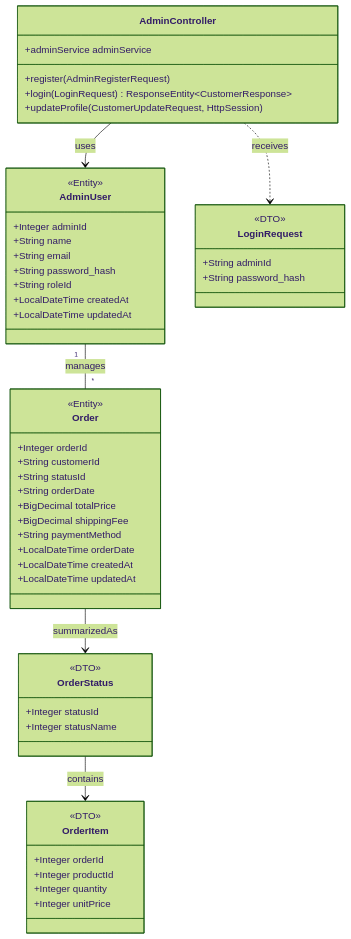
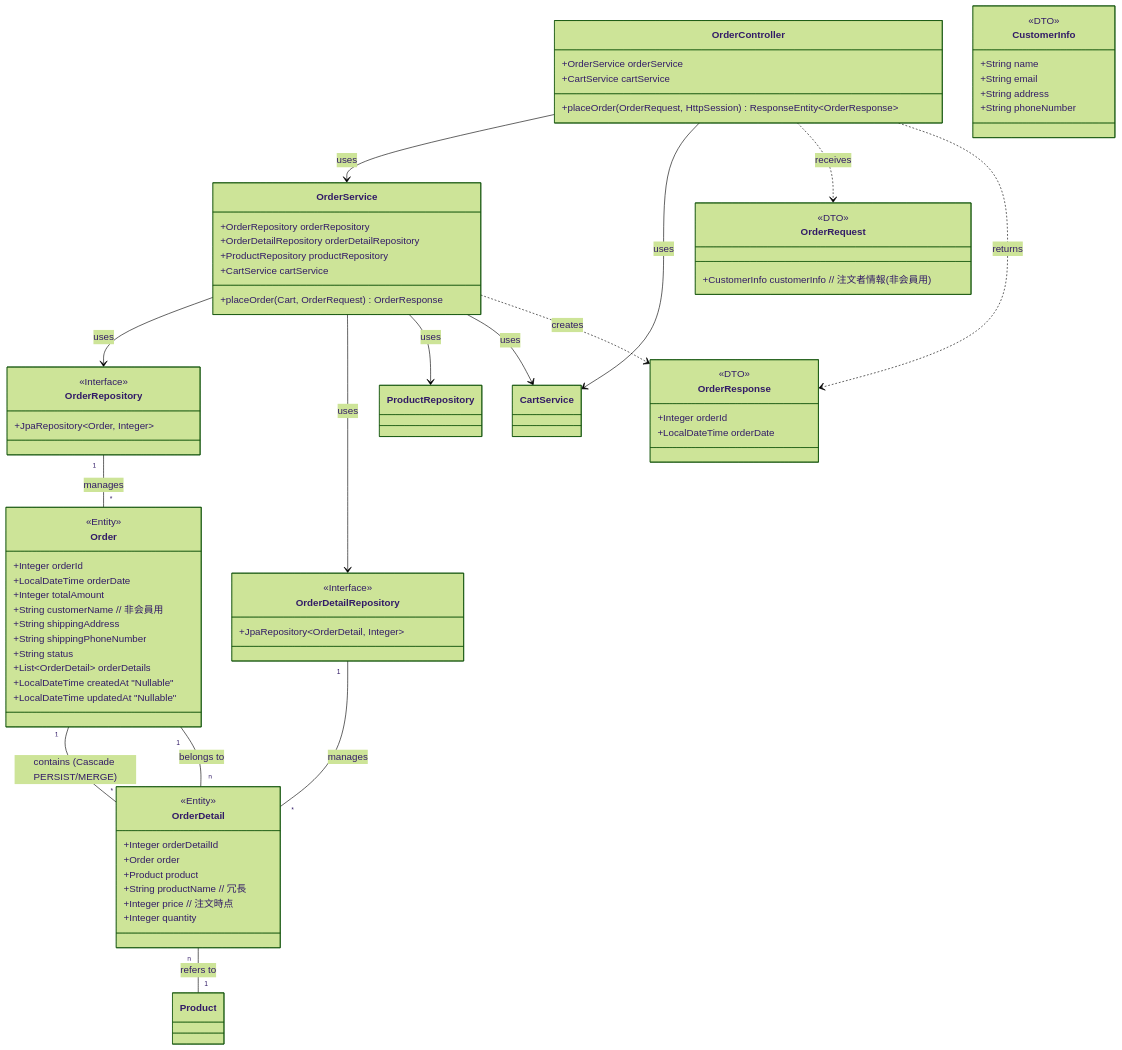
Before and after one commit to natsumiumeda/Jobs: diagram 19 of 21 in 詳細設計/詳細設計書.md, drawn with Mermaid (forest theme). The commit also changed other lines of this file, not shown here.

```diff
--- a/詳細設計/詳細設計書.md
+++ b/詳細設計/詳細設計書.md
@@ -907,62 +943,77 @@
 <div class="mermaid">
 classDiagram
-    class AdminController {
-        +adminService adminService
-        +register(AdminRegisterRequest) 
-        +login(LoginRequest) ResponseEntity~CustomerResponse~
-        +updateProfile(CustomerUpdateRequest, HttpSession) 
+    class OrderController {
+        +OrderService orderService
+        +CartService cartService
+        +placeOrder(OrderRequest, HttpSession) ResponseEntity~OrderResponse~
+    }
+    class OrderService {
+        +OrderRepository orderRepository
+        +OrderDetailRepository orderDetailRepository
+        +ProductRepository productRepository
+        +CartService cartService
+        +placeOrder(Cart, OrderRequest) OrderResponse
+    }
+    class OrderRepository {
+        <<Interface>>
+        +JpaRepository~Order, Integer~
+    }
+     class OrderDetailRepository {
+        <<Interface>>
+        +JpaRepository~OrderDetail, Integer~
+    }
+    class Order {
+        <<Entity>>
+        +Integer orderId
+        +LocalDateTime orderDate
+        +Integer totalAmount
+        +String customerName // 非会員用
+        +String shippingAddress
+        +String shippingPhoneNumber
+        +String status
+        +List~OrderDetail~ orderDetails
+        +LocalDateTime createdAt "Nullable"
+        +LocalDateTime updatedAt "Nullable"
+    }
+    class OrderDetail {
+        <<Entity>>
+        +Integer orderDetailId
+        +Order order
+        +Product product
+        +String productName // 冗長
+        +Integer price // 注文時点
+        +Integer quantity
+    }
+    class OrderRequest {
+        <<DTO>>
+        +CustomerInfo customerInfo // 注文者情報(非会員用)
+    }
+    class CustomerInfo{
+         <<DTO>>
+        +String name
+        +String email
+        +String address
+        +String phoneNumber
+    }
+    class OrderResponse {
+        <<DTO>>
+        +Integer orderId
+        +LocalDateTime orderDate
     }
 
+    OrderController --> OrderService : uses
+    OrderController --> CartService : uses
+    OrderService --> OrderRepository : uses
+    OrderService --> OrderDetailRepository : uses
+    OrderService --> ProductRepository : uses
+    OrderService --> CartService : uses
+    OrderRepository "1" -- "*" Order : manages
+    OrderDetailRepository "1" -- "*" OrderDetail : manages
+    Order "1" -- "*" OrderDetail : contains (Cascade PERSIST/MERGE)
+    OrderDetail "n" -- "1" Order : belongs to
+    OrderDetail "n" -- "1" Product : refers to
 
-    class AdminUser { 
-        <<Entity>>
-        +Integer adminId
-        +String name
-        +String email
-        +String password_hash
-        +String roleId
-        +LocalDateTime createdAt
-        +LocalDateTime updatedAt
-    }
-
-    class LoginRequest {
-        <<DTO>>
-        +String adminId
-        +String password_hash
-    }
-
-     class Order { 
-        <<Entity>>
-        +Integer orderId
-        +String customerId
-        +String statusId
-        +String orderDate
-        +BigDecimal totalPrice
-        +BigDecimal shippingFee
-        +String paymentMethod
-        +LocalDateTime orderDate
-        +LocalDateTime createdAt
-        +LocalDateTime updatedAt
-    }
-
-    class OrderStatus {
-        <<DTO>>
-        +Integer statusId
-        +Integer statusName
-    }
-
-    class OrderItem {
-        <<DTO>>
-        +Integer orderId
-        +Integer productId
-        +Integer quantity
-        +Integer unitPrice
-    }
-AdminController --> AdminUser : uses
-AdminController ..> LoginRequest : receives
-AdminUser "1" -- "*" Order : manages
-Order --> OrderStatus : summarizedAs
-OrderStatus --> OrderItem : contains
-
-    
+    OrderController ..> OrderRequest : receives
+    OrderController ..> OrderResponse : returns
+    OrderService ..> OrderResponse : creates
 </div>
```
